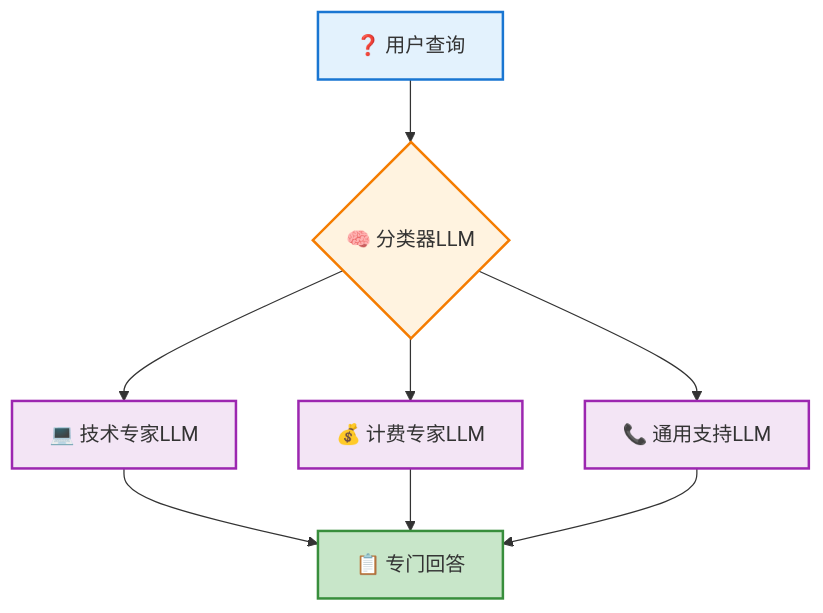
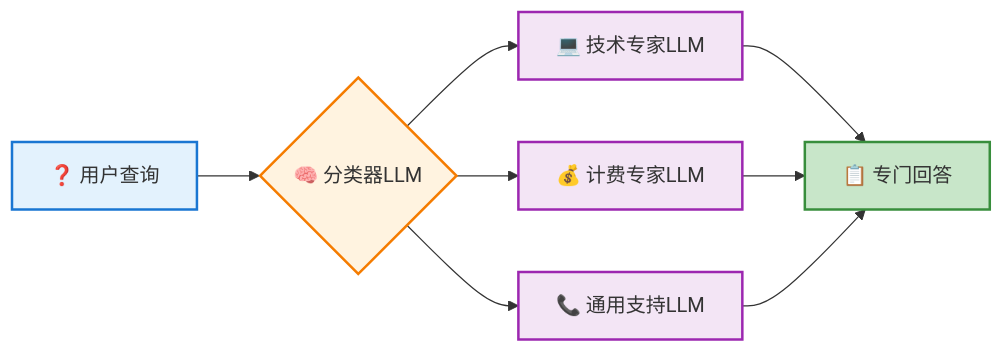
One commit to yxzf/claude-code-guide changed the sixth of 12 diagrams in AI_Agent_完整入门指南.md. Above: the diagram before and after it, drawn with Mermaid. The commit also changed other lines of this file, not shown here.

First line of the commit message:
优化图表布局：将所有流程图改为横排布局提升阅读体验

````diff
--- a/AI_Agent_完整入门指南.md
+++ b/AI_Agent_完整入门指南.md
@@ -716,17 +716,17 @@
 ```mermaid
-graph TD
+graph LR
     A[❓ 用户查询] --> B{🧠 分类器LLM}
     B --> C[💻 技术专家LLM]
     B --> D[💰 计费专家LLM]
     B --> E[📞 通用支持LLM]
     C --> F[📋 专门回答]
     D --> F
     E --> F
     
     style A fill:#e3f2fd,stroke:#1976d2,stroke-width:2px
     style B fill:#fff3e0,stroke:#f57c00,stroke-width:2px
     style F fill:#c8e6c9,stroke:#388e3c,stroke-width:2px
     style C fill:#f3e5f5,stroke:#9c27b0,stroke-width:2px
     style D fill:#f3e5f5,stroke:#9c27b0,stroke-width:2px
     style E fill:#f3e5f5,stroke:#9c27b0,stroke-width:2px
 ```
````
